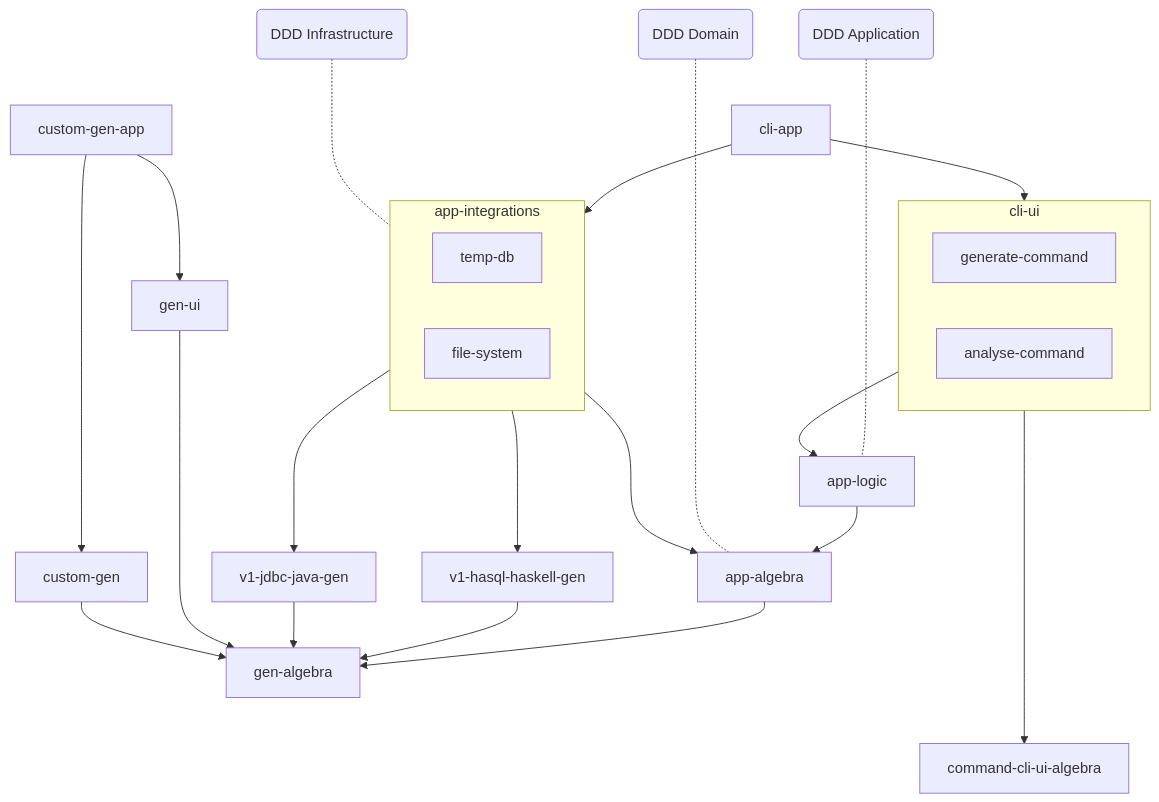
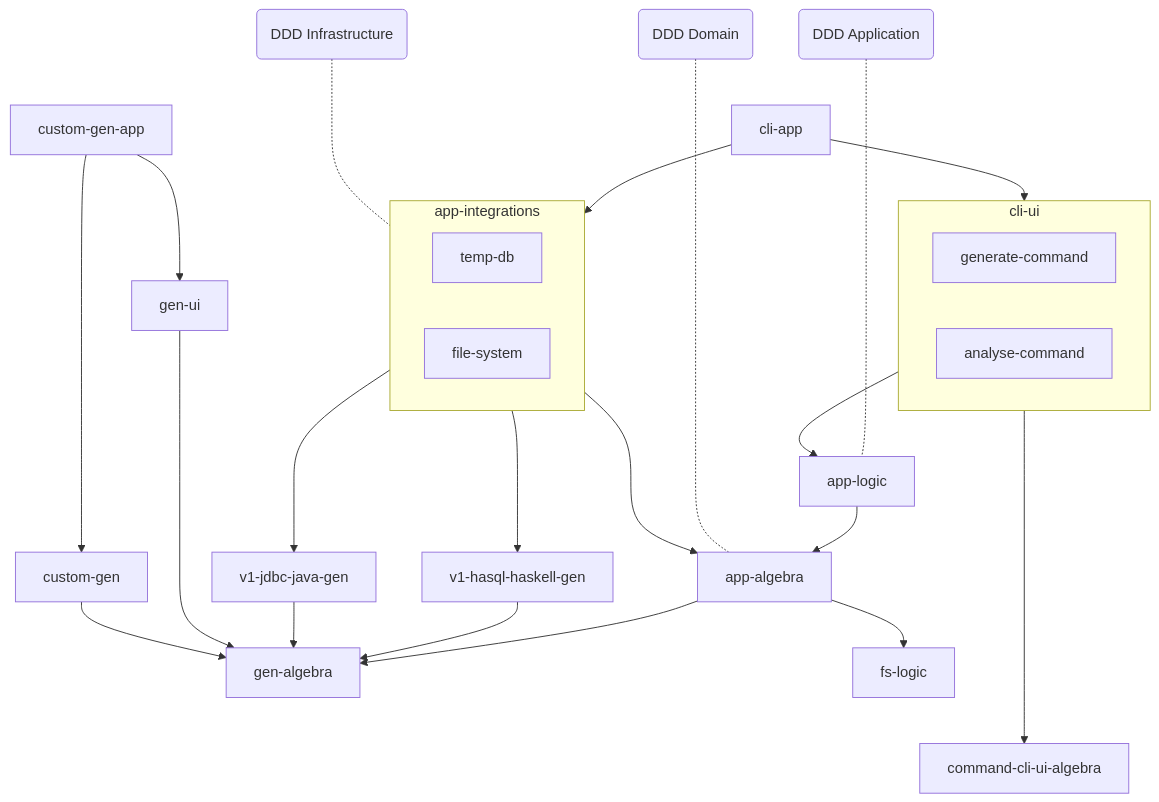
One commit to pgenie-io/pgenie changed the second of 2 diagrams in design/aulia-architecture.md. Above: the diagram before and after it, drawn with Mermaid. The commit also changed 4 other files, not shown here.

````diff
--- a/design/aulia-architecture.md
+++ b/design/aulia-architecture.md
@@ -26,33 +26,34 @@
 ```mermaid
 flowchart TD
 
 app-logic --> app-algebra
 app-integrations ---> app-algebra
 app-integrations --> v1-hasql-haskell-gen
 app-integrations --> v1-jdbc-java-gen
 cli-ui --> app-logic
 cli-app --> app-integrations
 cli-app --> cli-ui
 custom-gen-app --> gen-ui
 app-algebra --> gen-algebra
 v1-hasql-haskell-gen --> gen-algebra
 v1-jdbc-java-gen --> gen-algebra
 gen-ui ----> gen-algebra
 custom-gen-app --> custom-gen
 custom-gen --> gen-algebra
 cli-ui -----> command-cli-ui-algebra
+app-algebra --> fs-logic
 
 infrastructure(DDD Infrastructure) -..- app-integrations
+domain(DDD Domain) -....- app-algebra
 application(DDD Application) -...- app-logic
-domain(DDD Domain) -....- app-algebra
 
 subgraph cli-ui
   generate-command
   analyse-command
 end
 
 subgraph app-integrations
   temp-db
   file-system
 end
 ```
````
